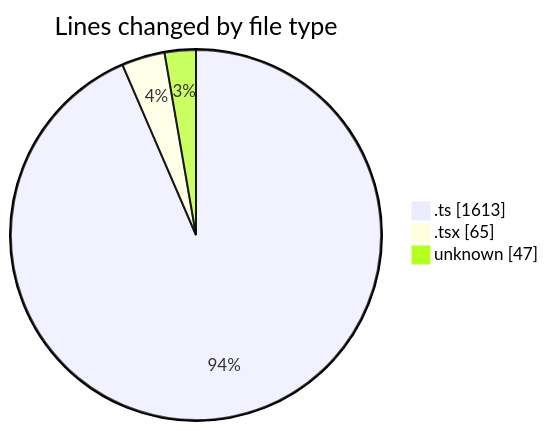
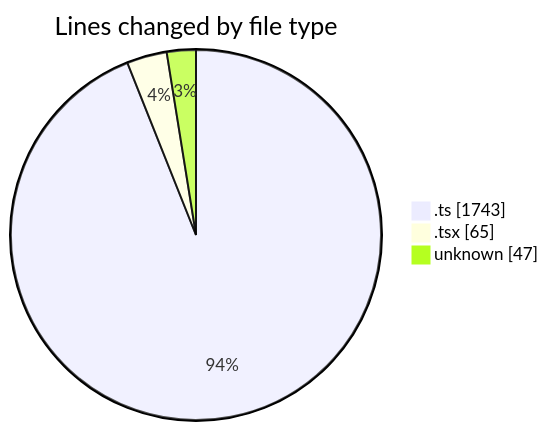
The first of 2 diagrams in 2025-09-11/cda/README.md (momahboobian/code-tracking), drawn with Mermaid before and after one commit. The commit also changed other lines of this file and 1 other file, not shown here.

````diff
--- a/2025-09-11/cda/README.md
+++ b/2025-09-11/cda/README.md
@@ -29,7 +29,7 @@
 ```mermaid
 pie showData
 title Lines changed by file type
-".ts" : 1613
+".ts" : 1743
 ".tsx" : 65
 "unknown" : 47
 ```
````
